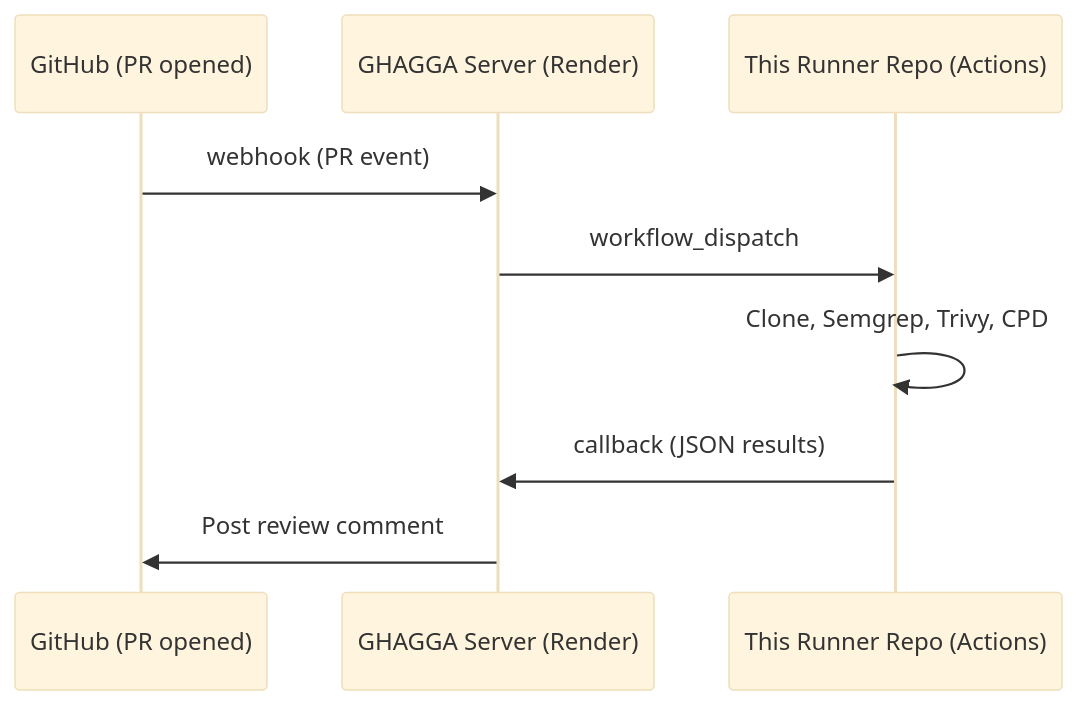
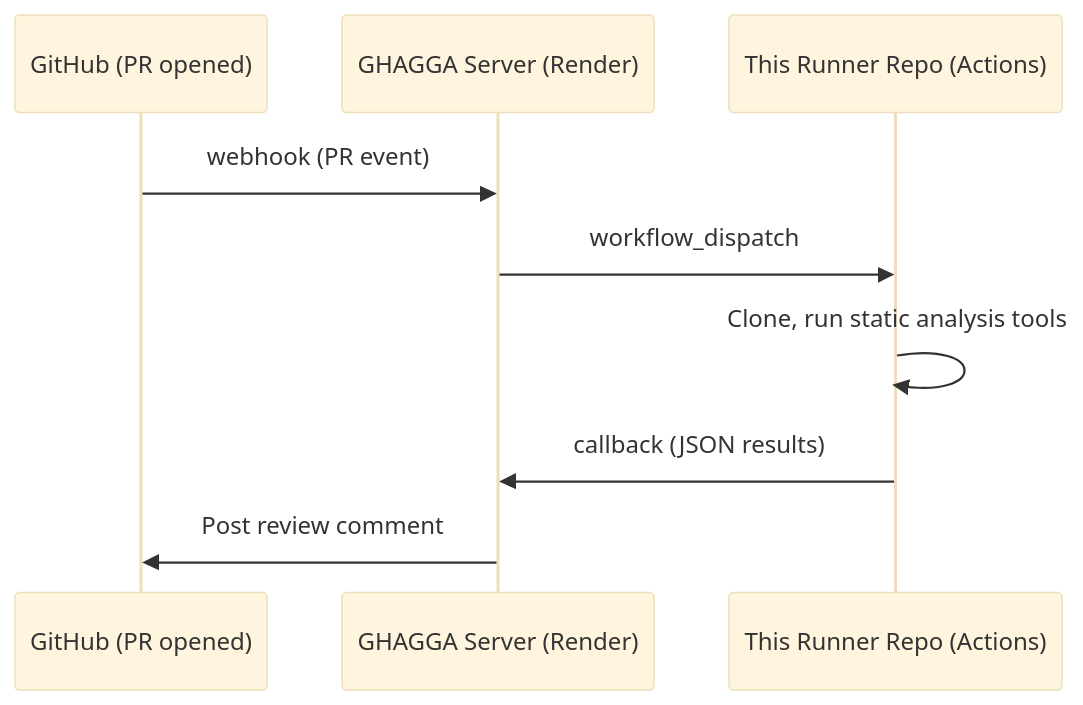
The diagram in templates/ghagga-runner-README.md (actions-marketplace-validations/JNZader_ghagga), drawn with Mermaid (base theme) before and after one commit. The commit also changed other lines of this file and 22 other files, not shown here.

````diff
--- a/templates/ghagga-runner-README.md
+++ b/templates/ghagga-runner-README.md
@@ -15,12 +15,12 @@
 ```mermaid
 sequenceDiagram
     participant GH as GitHub (PR opened)
     participant SRV as GHAGGA Server (Render)
     participant RUN as This Runner Repo (Actions)
 
     GH->>SRV: webhook (PR event)
     SRV->>RUN: workflow_dispatch
-    RUN->>RUN: Clone, Semgrep, Trivy, CPD
+    RUN->>RUN: Clone, run static analysis tools
     RUN->>SRV: callback (JSON results)
     SRV->>GH: Post review comment
 ```
````
